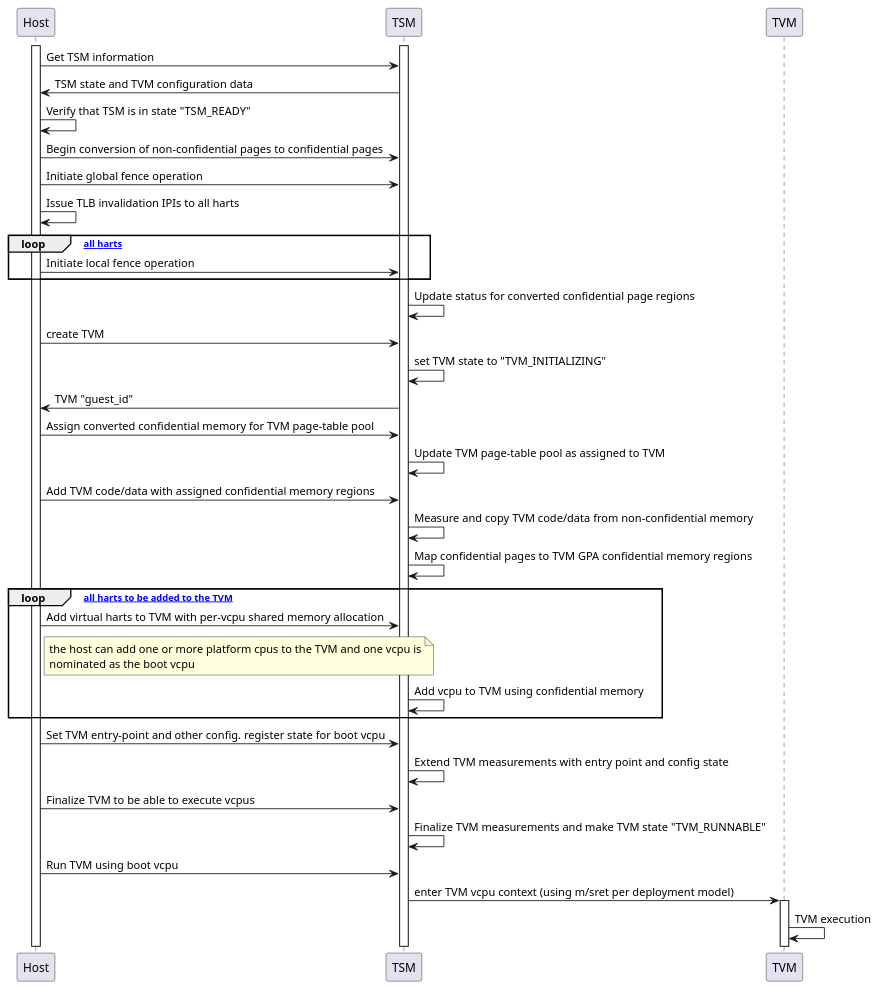
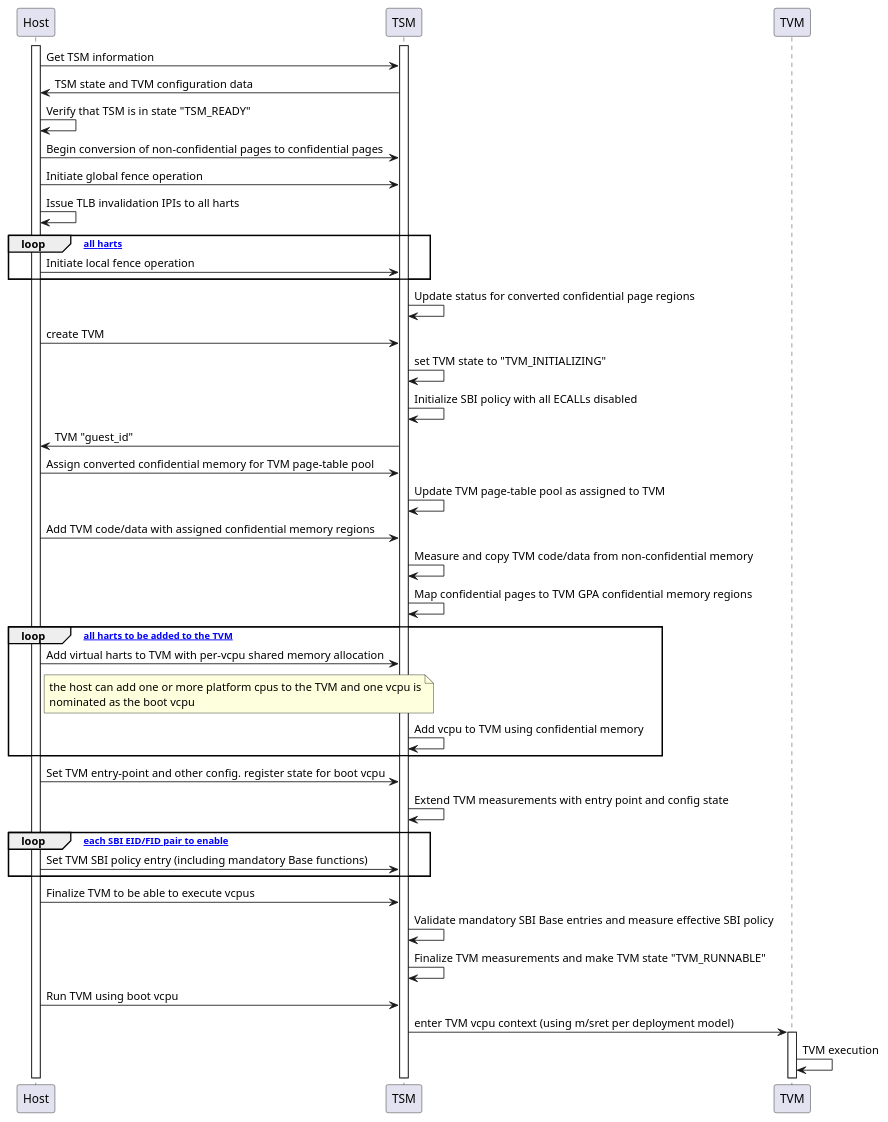
One commit to riscv-non-isa/riscv-ap-tee changed the first of 3 diagrams in src/sbi_cove.adoc. Above: the diagram before and after it, drawn with PlantUML. The commit also changed other lines of this file and 2 other files, not shown here.

First line of the commit message:
Add TVM controls for SBI

```diff
--- a/src/sbi_cove.adoc
+++ b/src/sbi_cove.adoc
@@ -482,56 +538,62 @@
 [plantuml]
 ....
 @startuml
 
 activate Host
 activate TSM
 
 Host -> TSM: Get TSM information
 TSM -> Host: TSM state and TVM configuration data
 
 Host -> Host: Verify that TSM is in state "TSM_READY"
 
 Host -> TSM: Begin conversion of non-confidential pages to confidential pages
 Host -> TSM: Initiate global fence operation
 
 Host -> Host: Issue TLB invalidation IPIs to all harts
 loop [On all harts]
 Host -> TSM: Initiate local fence operation
 end
 
 TSM -> TSM: Update status for converted confidential page regions
 
 Host -> TSM: create TVM
 TSM -> TSM: set TVM state to "TVM_INITIALIZING"
+TSM -> TSM: Initialize SBI policy with all ECALLs disabled
 TSM -> Host: TVM "guest_id"
 
 Host -> TSM: Assign converted confidential memory for TVM page-table pool
 TSM -> TSM: Update TVM page-table pool as assigned to TVM
 
 Host -> TSM: Add TVM code/data with assigned confidential memory regions
 TSM -> TSM: Measure and copy TVM code/data from non-confidential memory
 TSM -> TSM: Map confidential pages to TVM GPA confidential memory regions
 
 loop [On all harts to be added to the TVM]
 Host -> TSM: Add virtual harts to TVM with per-vcpu shared memory allocation
 note right of Host
   the host can add one or more platform cpus to the TVM and one vcpu is
   nominated as the boot vcpu
 end note
 TSM -> TSM: Add vcpu to TVM using confidential memory
 end
 
 Host -> TSM: Set TVM entry-point and other config. register state for boot vcpu
 TSM -> TSM: Extend TVM measurements with entry point and config state
 
+loop [For each SBI EID/FID pair to enable]
+Host -> TSM: Set TVM SBI policy entry (including mandatory Base functions)
+end
+
 Host -> TSM: Finalize TVM to be able to execute vcpus
+TSM -> TSM: Validate mandatory SBI Base entries and measure effective SBI policy
 TSM -> TSM: Finalize TVM measurements and make TVM state "TVM_RUNNABLE"
 
 Host -> TSM: Run TVM using boot vcpu
 TSM -> TVM: enter TVM vcpu context (using m/sret per deployment model)
 
 activate TVM
 TVM -> TVM: TVM execution
 
 @enduml
 ....
```
